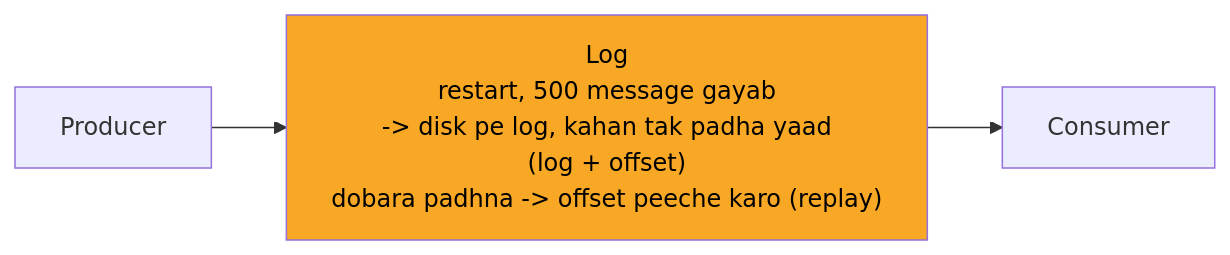
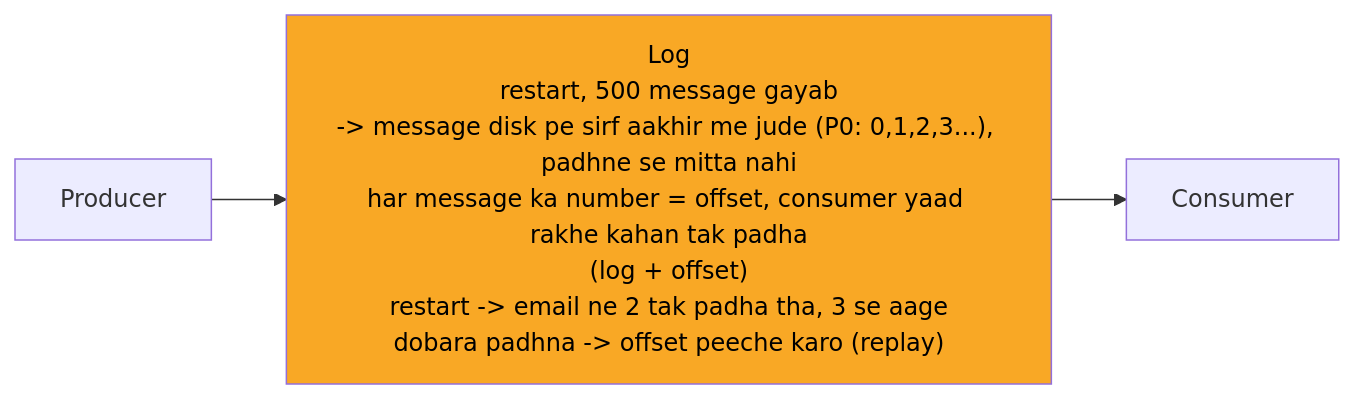
Before and after one commit to ArpanMaheshwari144/Prep: the second of 12 diagrams in 04_HLD/SYSTEM_DESIGNS/12_message_queue_kafka/12_message_queue_kafka.md, drawn with Mermaid. The commit also changed other lines of this file and 13 other files, not shown here.

````diff
--- a/04_HLD/SYSTEM_DESIGNS/12_message_queue_kafka/12_message_queue_kafka.md
+++ b/04_HLD/SYSTEM_DESIGNS/12_message_queue_kafka/12_message_queue_kafka.md
@@ -92,10 +96,10 @@
 ```mermaid
 %%{init: {"flowchart": {"wrappingWidth": 450}}}%%
 flowchart LR
     n_P["Producer"]
-    n_L["Log<br/>restart, 500 message gayab<br/>-> disk pe log, kahan tak padha yaad<br/>(log + offset)<br/>dobara padhna -> offset peeche karo (replay)"]
+    n_L["Log<br/>restart, 500 message gayab<br/>-> message disk pe sirf aakhir me jude (P0: 0,1,2,3...), padhne se mitta nahi<br/>har message ka number = offset, consumer yaad rakhe kahan tak padha<br/>(log + offset)<br/>restart -> email ne 2 tak padha tha, 3 se aage<br/>dobara padhna -> offset peeche karo (replay)"]
     n_C["Consumer"]
     n_P --> n_L
     n_L --> n_C
     style n_L fill:#f9a825,color:#000
 ```
````
